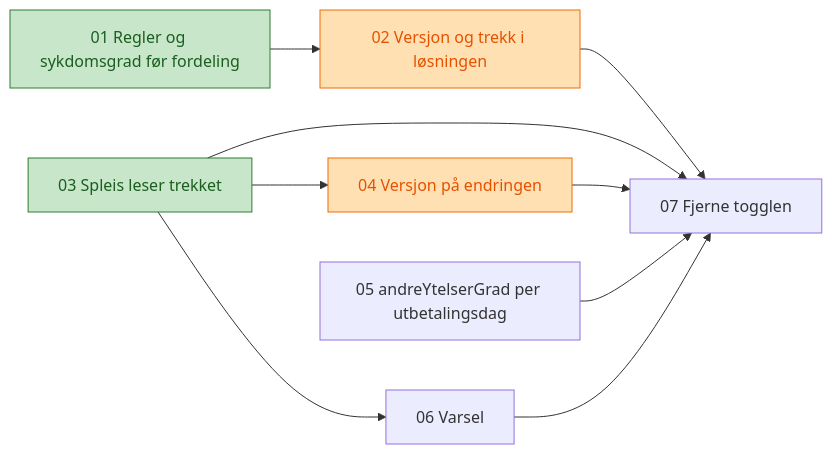
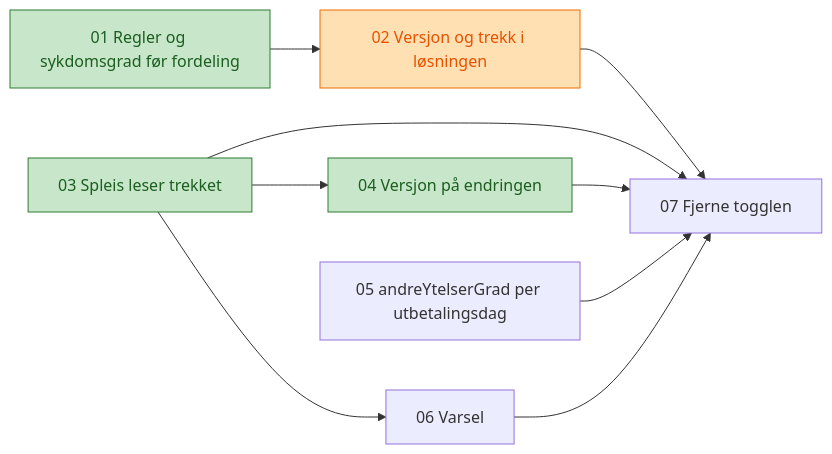
The diagram in docs/tickets/graderte-andre-ytelser/index.md (navikt/helse-sas-meta), drawn with Mermaid before and after one commit. The commit also changed other lines of this file and 1 other file, not shown here.

Commit message:
✅ Setter ticket 04 for graderte andre ytelser til ferdig

````diff
--- a/docs/tickets/graderte-andre-ytelser/index.md
+++ b/docs/tickets/graderte-andre-ytelser/index.md
@@ -15,16 +15,16 @@
 ```mermaid
 flowchart LR
     T01[01 Regler og sykdomsgrad før fordeling] --> T02[02 Versjon og trekk i løsningen]
     T03[03 Spleis leser trekket] --> T04[04 Versjon på endringen]
     T03 --> T06[06 Varsel]
     T02 --> T07[07 Fjerne togglen]
     T03 --> T07
     T04 --> T07
     T05[05 andreYtelserGrad per utbetalingsdag] --> T07
     T06 --> T07
 
     classDef ferdig fill:#c8e6c9,stroke:#2e7d32,color:#1b5e20
     classDef pagar fill:#ffe0b2,stroke:#ef6c00,color:#e65100
-    class T01,T03 ferdig
-    class T02,T04 pagar
+    class T01,T03,T04 ferdig
+    class T02 pagar
 ```
````
